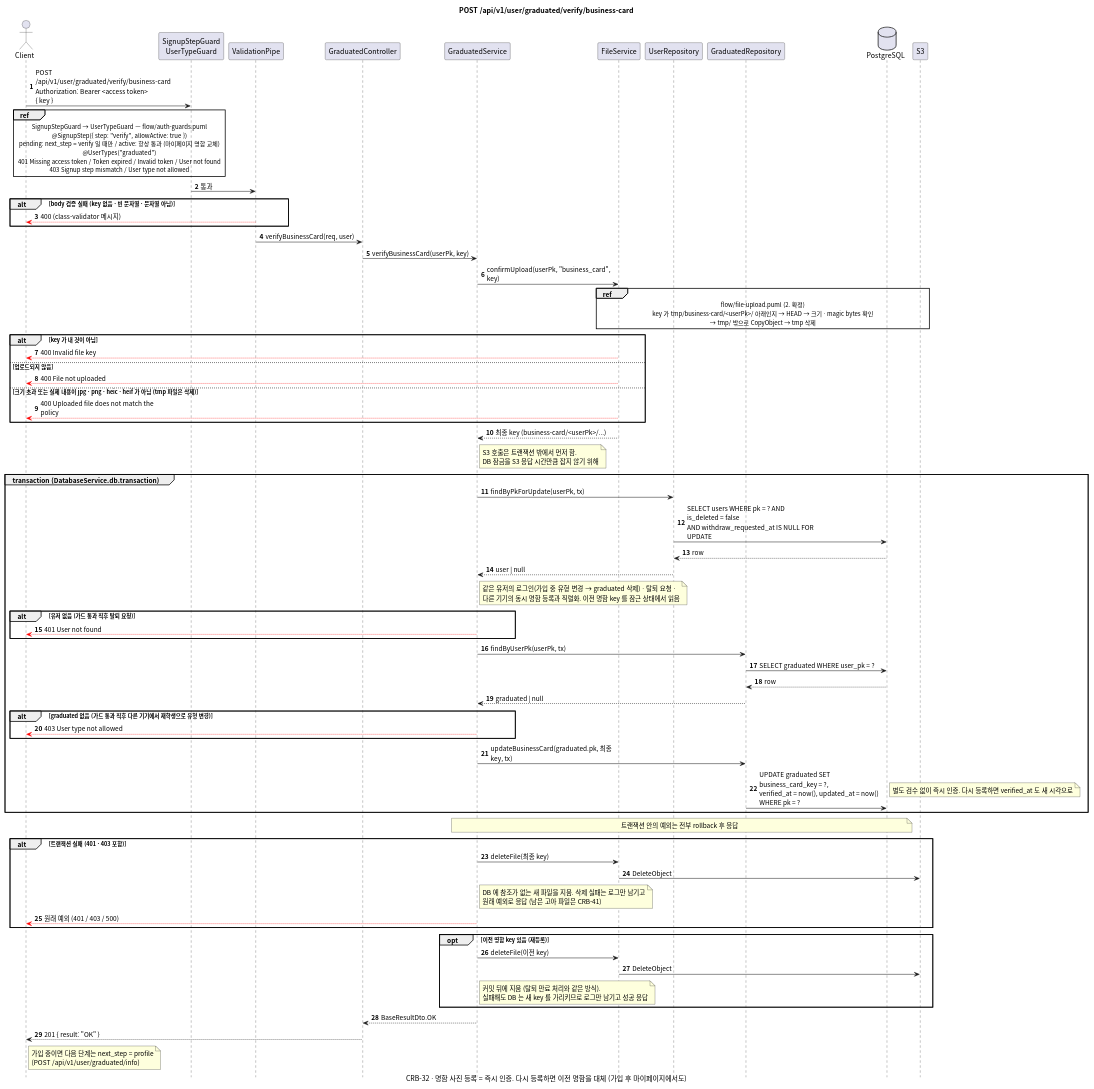
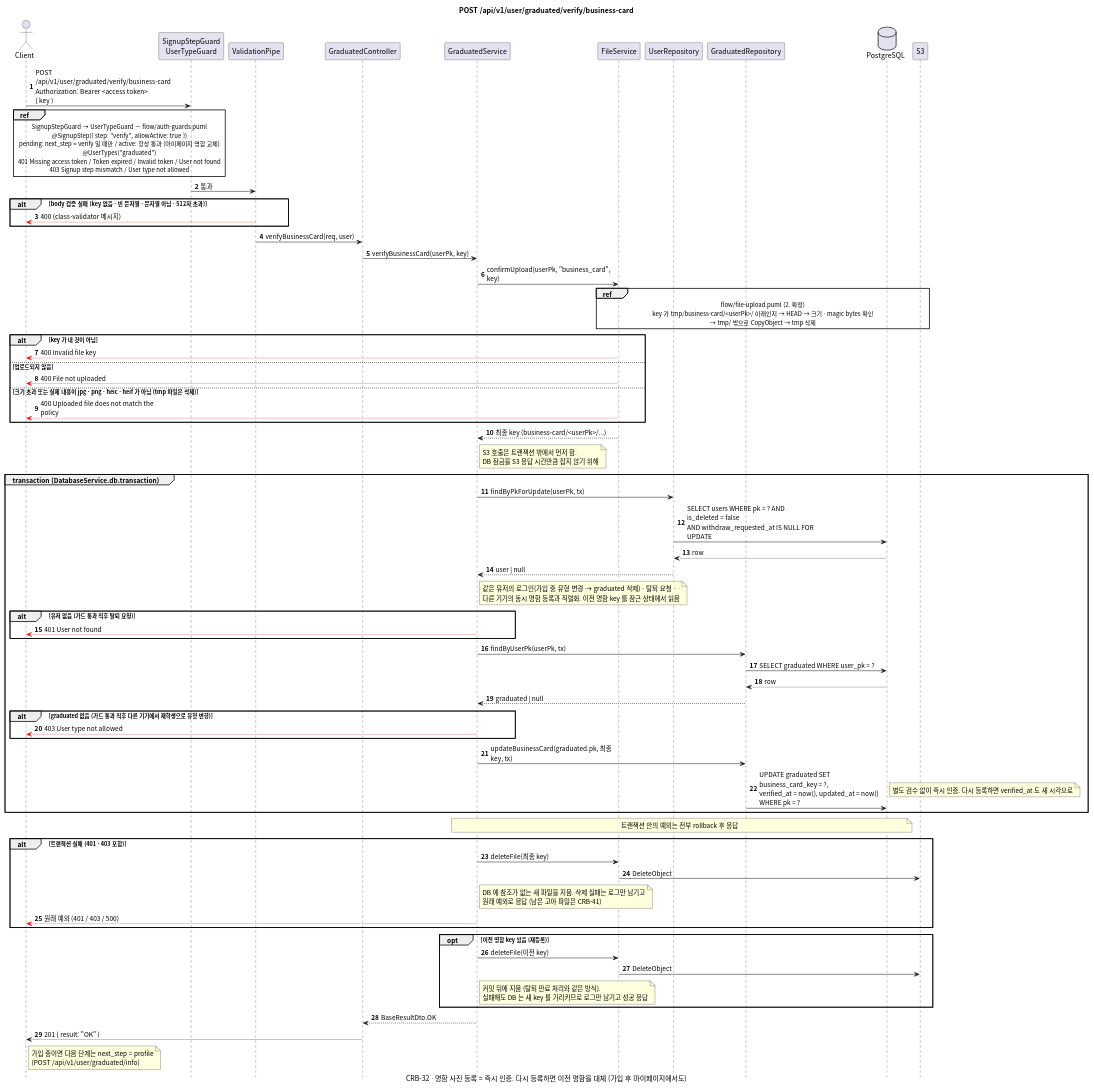
One commit to gsainfoteam/cheers-be changed the diagram in docs/sequence/graduated/post-verify-business-card.puml. Above: the diagram before and after it, drawn with PlantUML.

Commit message:
- docs: note key length limit in business card diagram

```diff
--- a/docs/sequence/graduated/post-verify-business-card.puml
+++ b/docs/sequence/graduated/post-verify-business-card.puml
@@ -1,115 +1,115 @@
 @startuml post-verify-business-card
 skinparam defaultFontName "Apple SD Gothic Neo", "Noto Sans CJK KR", sans-serif
 skinparam responseMessageBelowArrow true
 skinparam sequenceMessageAlign left
 skinparam maxMessageSize 260
 skinparam BoxPadding 8
 skinparam shadowing false
 autonumber
 hide footbox
 
 title POST /api/v1/user/graduated/verify/business-card
 caption CRB-32 · 명함 사진 등록 = 즉시 인증. 다시 등록하면 이전 명함을 대체 (가입 후 마이페이지에서도)
 
 actor Client
 participant "SignupStepGuard\nUserTypeGuard" as Guard
 participant "ValidationPipe" as Pipe
 participant "GraduatedController" as Controller
 participant "GraduatedService" as Service
 participant "FileService" as FileService
 participant "UserRepository" as UserRepository
 participant "GraduatedRepository" as GraduatedRepository
 database PostgreSQL
 participant "S3"
 
 Client -> Guard: POST /api/v1/user/graduated/verify/business-card\nAuthorization: Bearer <access token>\n{ key }
 ref over Client, Guard
   SignupStepGuard → UserTypeGuard — flow/auth-guards.puml
   @SignupStep({ step: "verify", allowActive: true })
   pending: next_step = verify 일 때만 / active: 항상 통과 (마이페이지 명함 교체)
   @UserTypes("graduated")
   401 Missing access token / Token expired / Invalid token / User not found
   403 Signup step mismatch / User type not allowed
 end ref
 Guard -> Pipe: 통과
-alt body 검증 실패 (key 없음 · 빈 문자열 · 문자열 아님)
+alt body 검증 실패 (key 없음 · 빈 문자열 · 문자열 아님 · 512자 초과)
   Pipe -[#red]-> Client: 400 (class-validator 메시지)
 end
 Pipe -> Controller: verifyBusinessCard(req, user)
 Controller -> Service: verifyBusinessCard(userPk, key)
 
 Service -> FileService: confirmUpload(userPk, "business_card", key)
 ref over FileService, S3
   flow/file-upload.puml (2. 확정)
   key 가 tmp/business-card/<userPk>/ 아래인지 → HEAD → 크기 · magic bytes 확인
   → tmp/ 밖으로 CopyObject → tmp 삭제
 end ref
 alt key 가 내 것이 아님
   FileService -[#red]-> Client: 400 Invalid file key
 else 업로드되지 않음
   FileService -[#red]-> Client: 400 File not uploaded
 else 크기 초과 또는 실제 내용이 jpg · png · heic · heif 가 아님 (tmp 파일은 삭제)
   FileService -[#red]-> Client: 400 Uploaded file does not match the policy
 end
 FileService --> Service: 최종 key (business-card/<userPk>/...)
 note right of Service
   S3 호출은 트랜잭션 밖에서 먼저 함.
   DB 잠금을 S3 응답 시간만큼 잡지 않기 위해
 end note
 
 group transaction (DatabaseService.db.transaction)
   Service -> UserRepository: findByPkForUpdate(userPk, tx)
   UserRepository -> PostgreSQL: SELECT users WHERE pk = ? AND is_deleted = false\nAND withdraw_requested_at IS NULL FOR UPDATE
   PostgreSQL --> UserRepository: row
   UserRepository --> Service: user | null
   note right of Service
     같은 유저의 로그인(가입 중 유형 변경 → graduated 삭제) · 탈퇴 요청 ·
     다른 기기의 동시 명함 등록과 직렬화. 이전 명함 key 를 잠근 상태에서 읽음
   end note
   alt 유저 없음 (가드 통과 직후 탈퇴 요청)
     Service -[#red]-> Client: 401 User not found
   end
 
   Service -> GraduatedRepository: findByUserPk(userPk, tx)
   GraduatedRepository -> PostgreSQL: SELECT graduated WHERE user_pk = ?
   PostgreSQL --> GraduatedRepository: row
   GraduatedRepository --> Service: graduated | null
   alt graduated 없음 (가드 통과 직후 다른 기기에서 재학생으로 유형 변경)
     Service -[#red]-> Client: 403 User type not allowed
   end
 
   Service -> GraduatedRepository: updateBusinessCard(graduated.pk, 최종 key, tx)
   GraduatedRepository -> PostgreSQL: UPDATE graduated SET business_card_key = ?,\nverified_at = now(), updated_at = now() WHERE pk = ?
   note right
     별도 검수 없이 즉시 인증. 다시 등록하면 verified_at 도 새 시각으로
   end note
 end
 note over Service, PostgreSQL: 트랜잭션 안의 예외는 전부 rollback 후 응답
 
 alt 트랜잭션 실패 (401 · 403 포함)
   Service -> FileService: deleteFile(최종 key)
   FileService -> S3: DeleteObject
   note right of Service
     DB 에 참조가 없는 새 파일을 지움. 삭제 실패는 로그만 남기고
     원래 예외로 응답 (남은 고아 파일은 CRB-41)
   end note
   Service -[#red]-> Client: 원래 예외 (401 / 403 / 500)
 end
 
 opt 이전 명함 key 있음 (재등록)
   Service -> FileService: deleteFile(이전 key)
   FileService -> S3: DeleteObject
   note right of Service
     커밋 뒤에 지움 (탈퇴 만료 처리와 같은 방식).
     실패해도 DB 는 새 key 를 가리키므로 로그만 남기고 성공 응답
   end note
 end
 
 Service --> Controller: BaseResultDto.OK
 Controller --> Client: 201 { result: "OK" }
 note right of Client
   가입 중이면 다음 단계는 next_step = profile
   (POST /api/v1/user/graduated/info)
 end note
 
 @enduml
```
